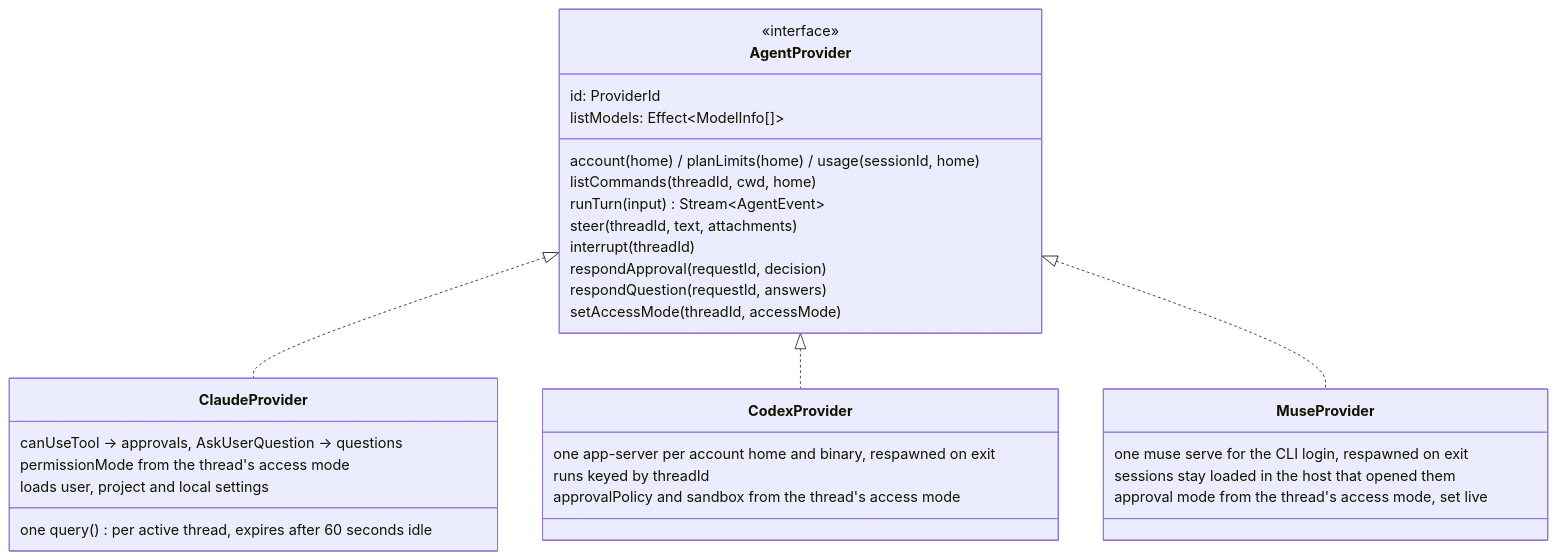
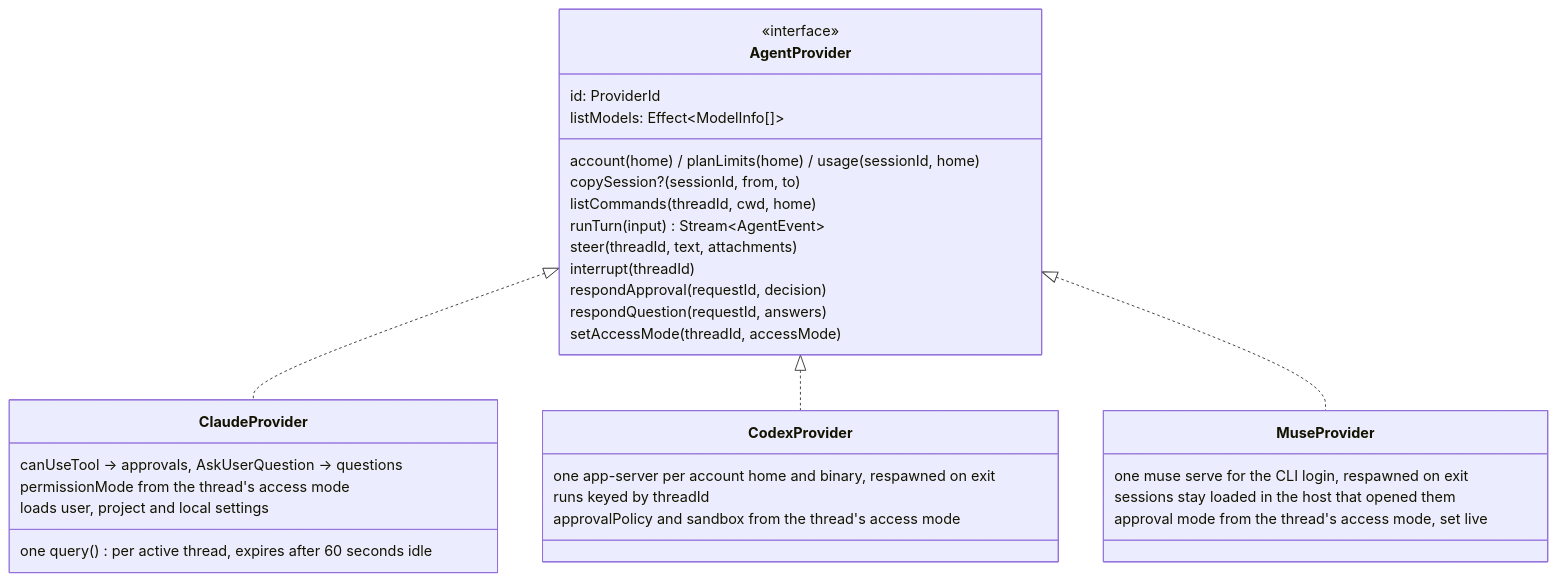
The fifth of 17 diagrams in docs/arch.md (hinadev-ai/hinacode), drawn with Mermaid before and after one commit. The commit also changed other lines of this file and 9 other files, not shown here.

````diff
--- a/docs/arch.md
+++ b/docs/arch.md
@@ -132,35 +132,36 @@
 ```mermaid
 classDiagram
   class AgentProvider {
     <<interface>>
     id: ProviderId
     listModels: Effect~ModelInfo[]~
     account(home) / planLimits(home) / usage(sessionId, home)
+    copySession?(sessionId, from, to)
     listCommands(threadId, cwd, home)
     runTurn(input) Stream~AgentEvent~
     steer(threadId, text, attachments)
     interrupt(threadId)
     respondApproval(requestId, decision)
     respondQuestion(requestId, answers)
     setAccessMode(threadId, accessMode)
   }
   class ClaudeProvider {
     one query() per active thread, expires after 60 seconds idle
     canUseTool → approvals, AskUserQuestion → questions
     permissionMode from the thread's access mode
     loads user, project and local settings
   }
   class CodexProvider {
     one app-server per account home and binary, respawned on exit
     runs keyed by threadId
     approvalPolicy and sandbox from the thread's access mode
   }
   class MuseProvider {
     one muse serve for the CLI login, respawned on exit
     sessions stay loaded in the host that opened them
     approval mode from the thread's access mode, set live
   }
   AgentProvider <|.. ClaudeProvider
   AgentProvider <|.. CodexProvider
   AgentProvider <|.. MuseProvider
 ```
````
